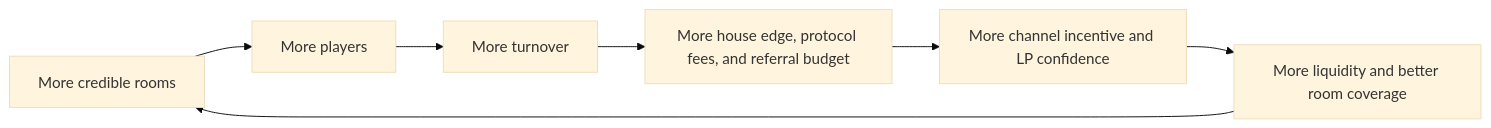
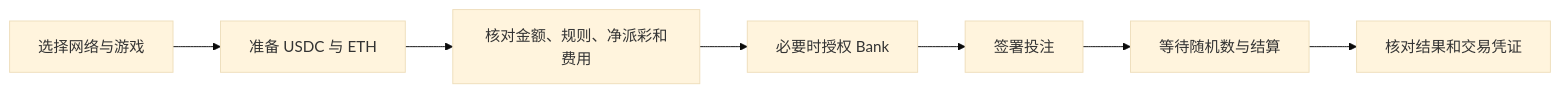
The diagram in docs/WHITEPAPER.product.zh-CN.md (arbigamefi/ssot_BBOG), drawn with Mermaid (base theme) before and after one commit. The commit also changed other lines of this file and 16 other files, not shown here.

````diff
--- a/docs/WHITEPAPER.product.zh-CN.md
+++ b/docs/WHITEPAPER.product.zh-CN.md
@@ -300,9 +42,9 @@
 ```mermaid
 flowchart LR
-    A["More credible rooms"] --> B["More players"]
-    B --> C["More turnover"]
-    C --> D["More house edge, protocol fees, and referral budget"]
-    D --> E["More channel incentive and LP confidence"]
-    E --> F["More liquidity and better room coverage"]
-    F --> A
+  A[选择网络与游戏] --> B[准备 USDC 与 ETH]
+  B --> C[核对金额、规则、净派彩和费用]
+  C --> D[必要时授权 Bank]
+  D --> E[签署投注]
+  E --> F[等待随机数与结算]
+  F --> G[核对结果和交易凭证]
 ```
````
